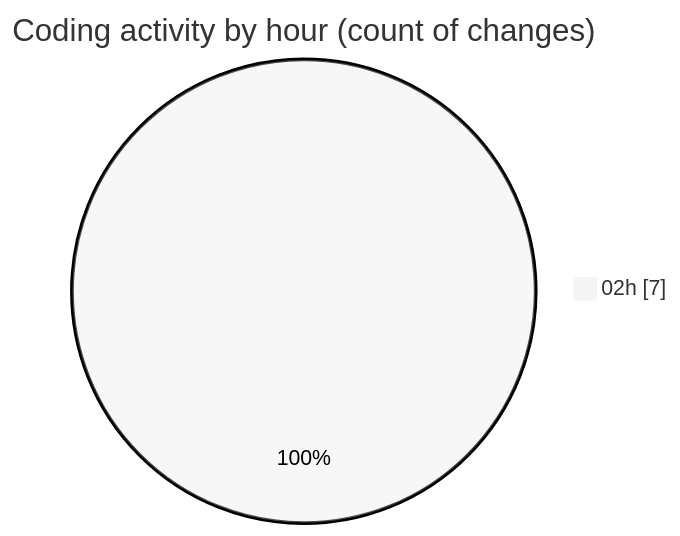
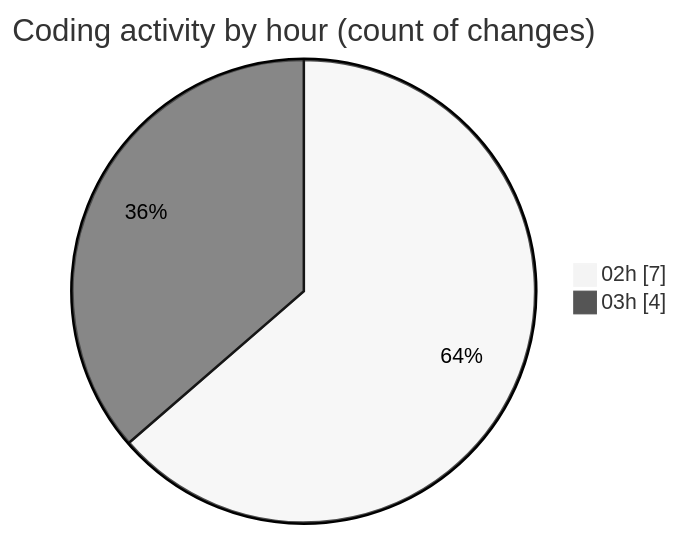
One commit to JenPaints/code-tracking changed the second of 2 diagrams in 2025-05-29/kimberly-groups/README.md. Above: the diagram before and after it, drawn with Mermaid (neutral theme). The commit also changed other lines of this file and 1 other file, not shown here.

````diff
--- a/2025-05-29/kimberly-groups/README.md
+++ b/2025-05-29/kimberly-groups/README.md
@@ -29,5 +30,6 @@
 ```mermaid
 pie showData
 title Coding activity by hour (count of changes)
 "02h" : 7
+"03h" : 4
 ```
````
